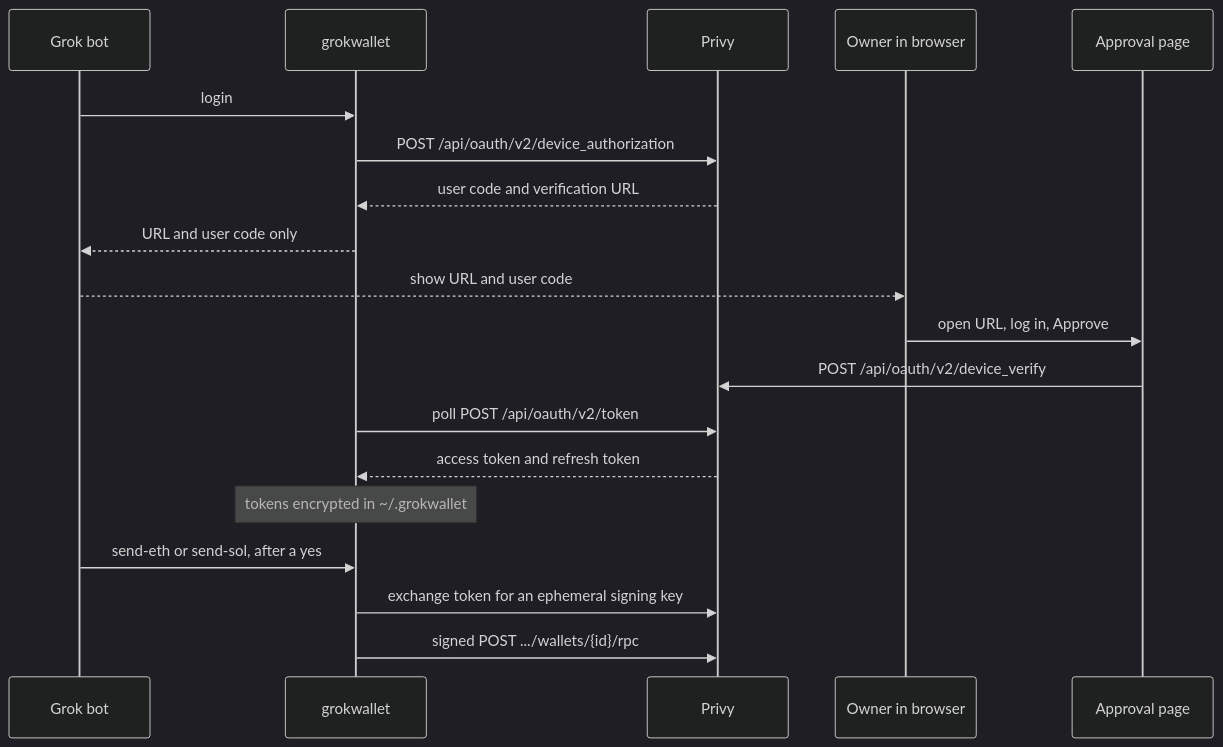
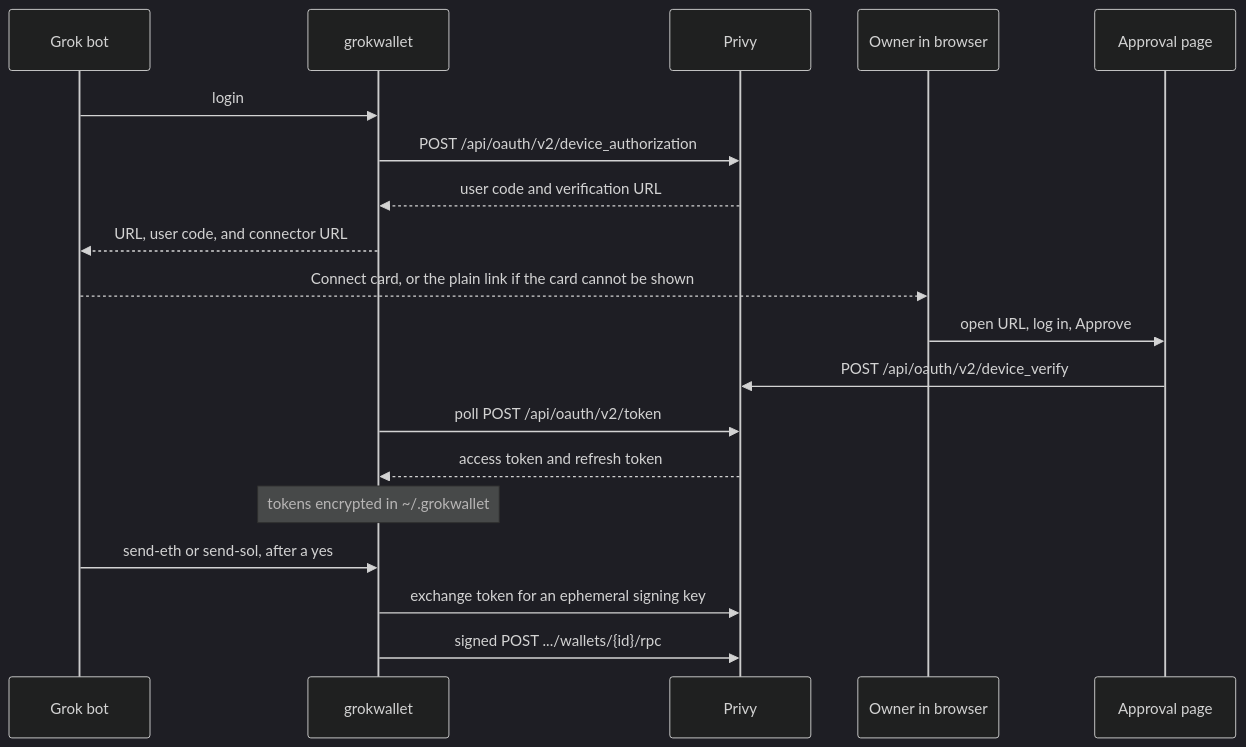
The diagram in README.md (manu-labs/grokwallet), drawn with Mermaid (dark theme) before and after one commit. The commit also changed other lines of this file and 33 other files, not shown here.

First line of the commit message:
Add an optional Connect card login path (#4)

````diff
--- a/README.md
+++ b/README.md
@@ -9,22 +9,22 @@
 ```mermaid
 sequenceDiagram
   participant Agent as Grok bot
   participant CLI as grokwallet
   participant Privy as Privy
   participant Owner as Owner in browser
   participant Page as Approval page
 
   Agent->>CLI: login
   CLI->>Privy: POST /api/oauth/v2/device_authorization
   Privy-->>CLI: user code and verification URL
-  CLI-->>Agent: URL and user code only
-  Agent-->>Owner: show URL and user code
+  CLI-->>Agent: URL, user code, and connector URL
+  Agent-->>Owner: Connect card, or the plain link if the card cannot be shown
   Owner->>Page: open URL, log in, Approve
   Page->>Privy: POST /api/oauth/v2/device_verify
   CLI->>Privy: poll POST /api/oauth/v2/token
   Privy-->>CLI: access token and refresh token
   Note over CLI: tokens encrypted in ~/.grokwallet
   Agent->>CLI: send-eth or send-sol, after a yes
   CLI->>Privy: exchange token for an ephemeral signing key
   CLI->>Privy: signed POST .../wallets/{id}/rpc
 ```
````
